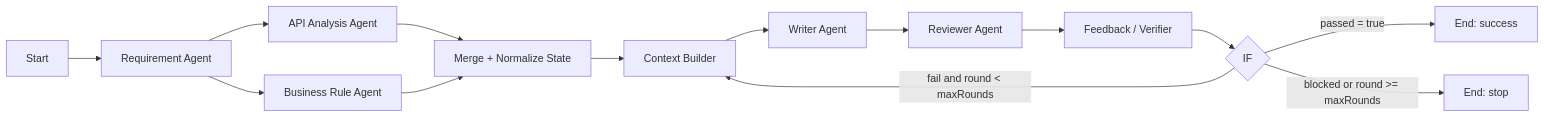
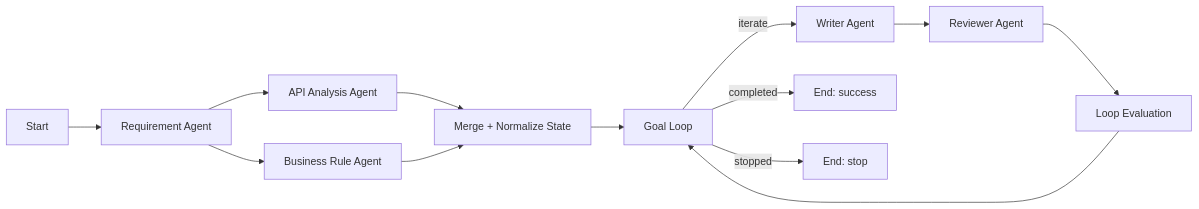
Before and after one commit to Xushuo174/Talent-AI: the second of 2 diagrams in 设计文档.md, drawn with Mermaid. The commit also changed other lines of this file and 38 other files, not shown here.

Commit message:
已实现 - 公共 Loop 协议、状态、评审与上下文类型 - 原生 Goal Loop 节点 - 原生 Loop Evaluation 节点 - 通过、重试、阻塞、停滞、最大轮次、历史最佳结果等循环内核。 - Loop Region 拓扑校验与保存协议。 - 工作流导入、导出、复制和节点 ID 重映射。 - 画布 Create Loop Region 操作；非法分支会提示先 Merge。

````diff
--- a/设计文档.md
+++ b/设计文档.md
@@ -257,16 +259,15 @@
 ```mermaid
 flowchart LR
     S[Start] --> R[Requirement Agent]
     R --> A1[API Analysis Agent]
     R --> A2[Business Rule Agent]
     A1 --> M[Merge + Normalize State]
     A2 --> M
-    M --> C[Context Builder]
-    C --> W[Writer Agent]
+    M --> G[Goal Loop]
+    G -->|iterate| W[Writer Agent]
     W --> RV[Reviewer Agent]
-    RV --> F[Feedback / Verifier]
-    F --> I{IF}
-    I -->|passed = true| E[End: success]
-    I -->|fail and round < maxRounds| C
-    I -->|blocked or round >= maxRounds| X[End: stop]
+    RV --> EVAL[Loop Evaluation]
+    EVAL --> G
+    G -->|completed| E[End: success]
+    G -->|stopped| X[End: stop]
 ```
````
